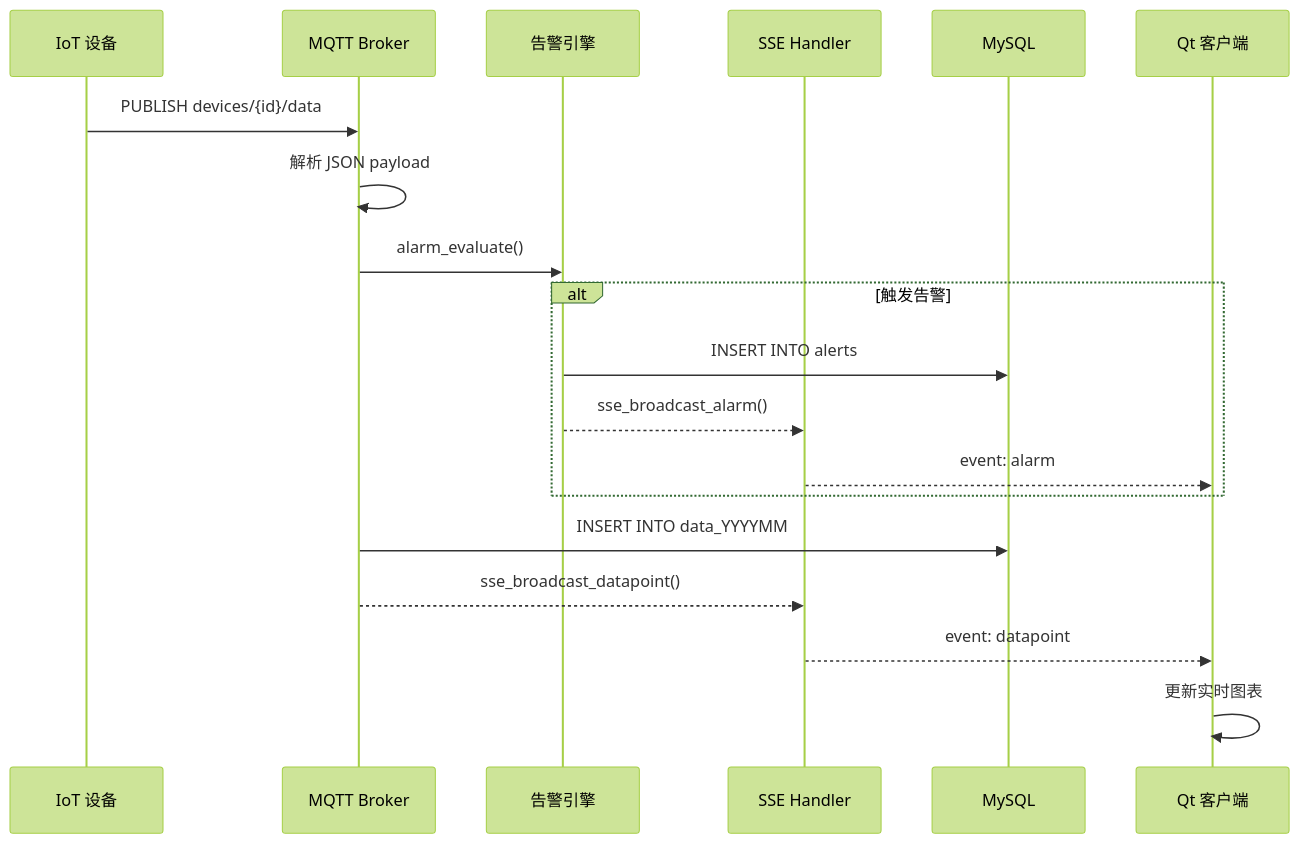
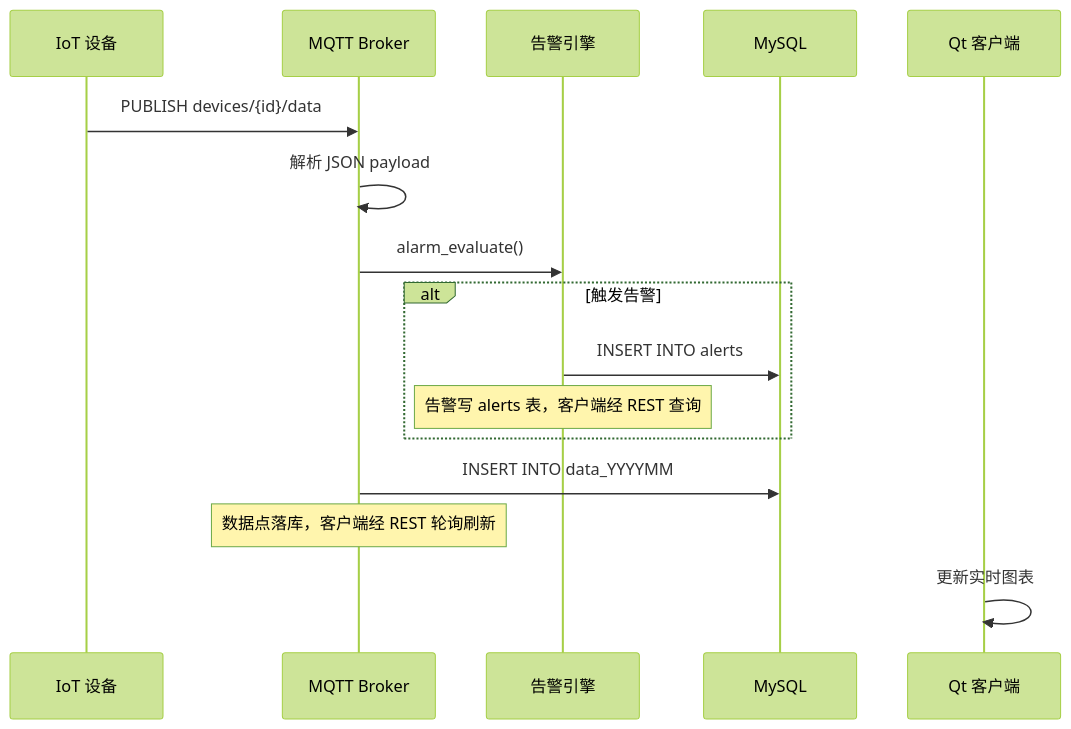
One commit to Lab0x-Embedded/iotsystem changed the second of 8 diagrams in docs/E2_架构图集.md. Above: the diagram before and after it, drawn with Mermaid (forest theme). The commit also changed other lines of this file and 6 other files, not shown here.

Commit message:
docs: 全量对齐当前实现 — MQTT 协议 v3(白名单/OneJSON/踢线/QoS1)、API 补 product/prop_*/query_latest、ER 补 product_properties、技术方案与架构图集移除虚构 SSE、新增 KNOWN_ISSUES 审计清单

````diff
--- a/docs/E2_架构图集.md
+++ b/docs/E2_架构图集.md
@@ -66,24 +66,21 @@
 ```mermaid
 sequenceDiagram
     participant Dev as IoT 设备
     participant MQTT as MQTT Broker
     participant Alarm as 告警引擎
-    participant SSE as SSE Handler
     participant DB as MySQL
     participant Client as Qt 客户端
 
     Dev->>MQTT: PUBLISH devices/{id}/data
     MQTT->>MQTT: 解析 JSON payload
     MQTT->>Alarm: alarm_evaluate()
     
     alt 触发告警
         Alarm->>DB: INSERT INTO alerts
-        Alarm-->>SSE: sse_broadcast_alarm()
-        SSE-->>Client: event: alarm
+        Note over Alarm: 告警写 alerts 表，客户端经 REST 查询
     end
 
     MQTT->>DB: INSERT INTO data_YYYYMM
-    MQTT-->>SSE: sse_broadcast_datapoint()
-    SSE-->>Client: event: datapoint
+    Note over MQTT: 数据点落库，客户端经 REST 轮询刷新
     Client->>Client: 更新实时图表
 ```
````
